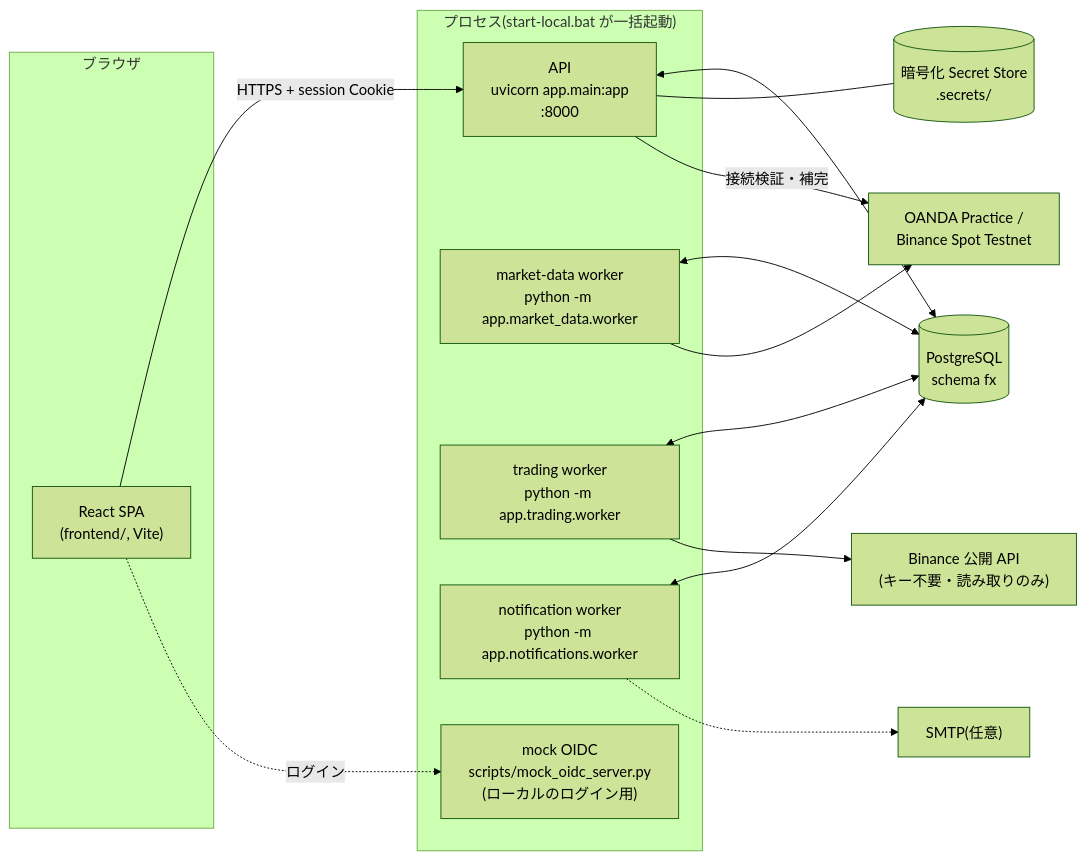
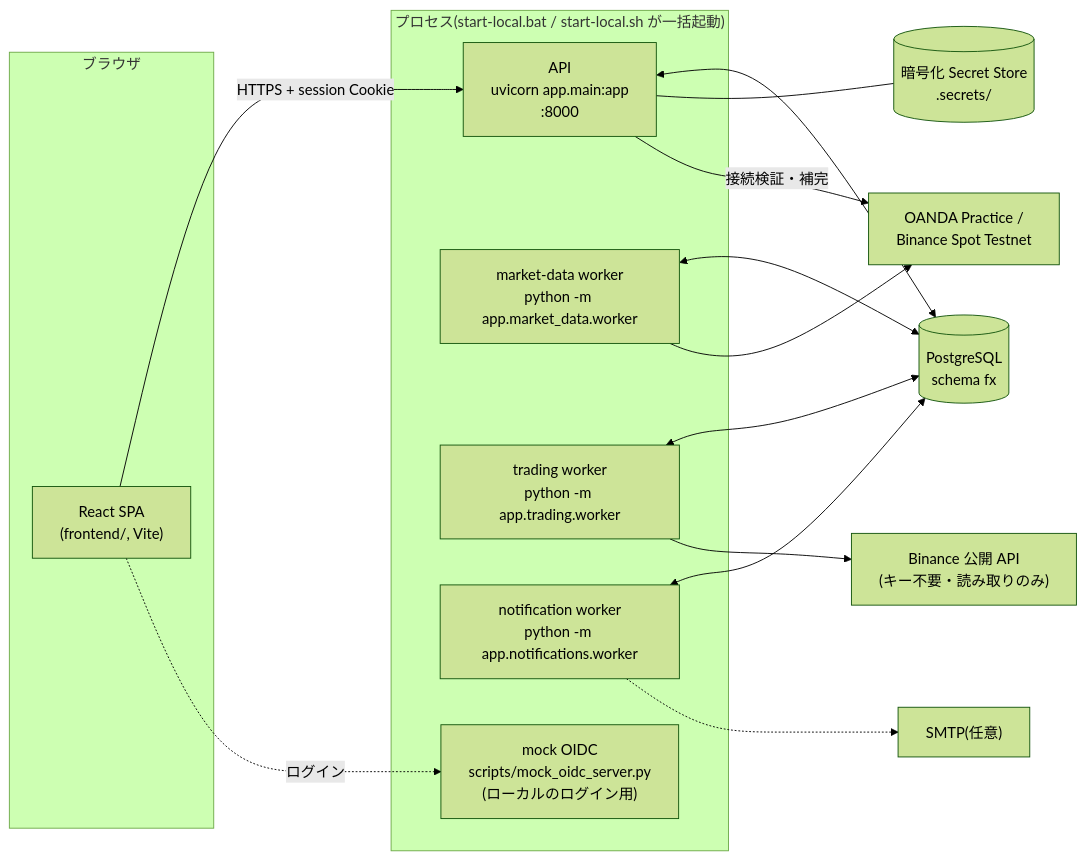
Before and after one commit to wataruteduka1973/AI_System_Trading: the first of 4 diagrams in docs/design/system-specification.md, drawn with Mermaid (forest theme). The commit also changed other lines of this file and 12 other files, not shown here.

````diff
--- a/docs/design/system-specification.md
+++ b/docs/design/system-specification.md
@@ -16,30 +16,30 @@
 ```mermaid
 flowchart LR
     subgraph client["ブラウザ"]
         FE["React SPA<br/>(frontend/, Vite)"]
     end
-    subgraph proc["プロセス(start-local.bat が一括起動)"]
+    subgraph proc["プロセス(start-local.bat / start-local.sh が一括起動)"]
         API["API<br/>uvicorn app.main:app<br/>:8000"]
         MDW["market-data worker<br/>python -m app.market_data.worker"]
         TRW["trading worker<br/>python -m app.trading.worker"]
         NTW["notification worker<br/>python -m app.notifications.worker"]
         OIDC["mock OIDC<br/>scripts/mock_oidc_server.py<br/>(ローカルのログイン用)"]
     end
     DB[("PostgreSQL<br/>schema fx")]
     SEC[("暗号化 Secret Store<br/>.secrets/")]
     EXT1["OANDA Practice /<br/>Binance Spot Testnet"]
     EXT2["Binance 公開 API<br/>(キー不要・読み取りのみ)"]
     SMTP["SMTP(任意)"]
 
     FE -->|"HTTPS + session Cookie"| API
     API <--> DB
     API --- SEC
     API -->|"接続検証・補完"| EXT1
     MDW <--> DB
     MDW --> EXT1
     TRW <--> DB
     TRW --> EXT2
     NTW <--> DB
     NTW -.-> SMTP
     FE -.->|"ログイン"| OIDC
 ```
````
